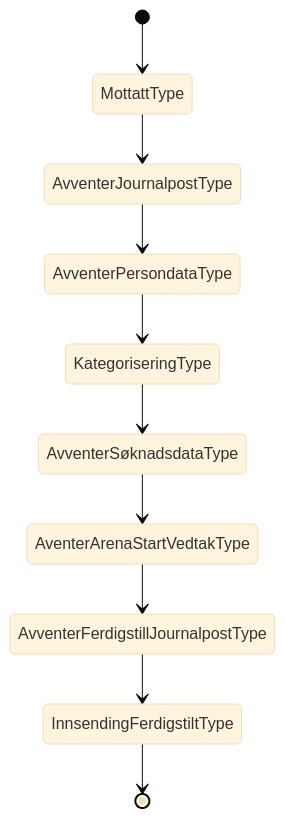
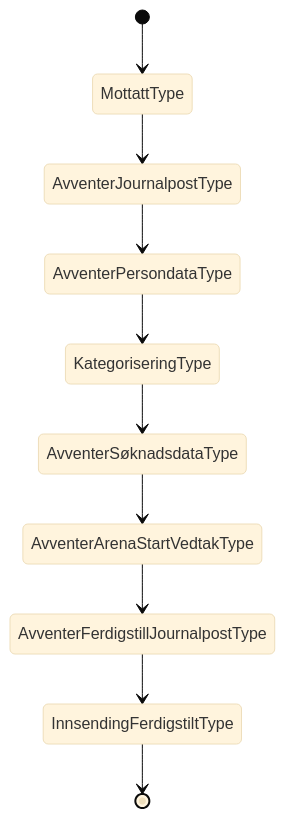
Before and after one commit to navikt/dp-mottak: the diagram in docs/arkitektur/tilstander/NAV 04-01.03.approved.md, drawn with Mermaid (base theme). The commit also changed 23 other files, not shown here.

````diff
--- a/docs/arkitektur/tilstander/NAV 04-01.03.approved.md
+++ b/docs/arkitektur/tilstander/NAV 04-01.03.approved.md
@@ -3,12 +3,12 @@
 ```mermaid
    stateDiagram
    [*]-->MottattType
    	MottattType --> AvventerJournalpostType
 	AvventerJournalpostType --> AvventerPersondataType
 	AvventerPersondataType --> KategoriseringType
 	KategoriseringType --> AvventerSøknadsdataType
-	AvventerSøknadsdataType --> AventerArenaStartVedtakType
-	AventerArenaStartVedtakType --> AvventerFerdigstillJournalpostType
+	AvventerSøknadsdataType --> AvventerArenaStartVedtakType
+	AvventerArenaStartVedtakType --> AvventerFerdigstillJournalpostType
 	AvventerFerdigstillJournalpostType --> InnsendingFerdigstiltType
    InnsendingFerdigstiltType--> [*]    
 ```
````
